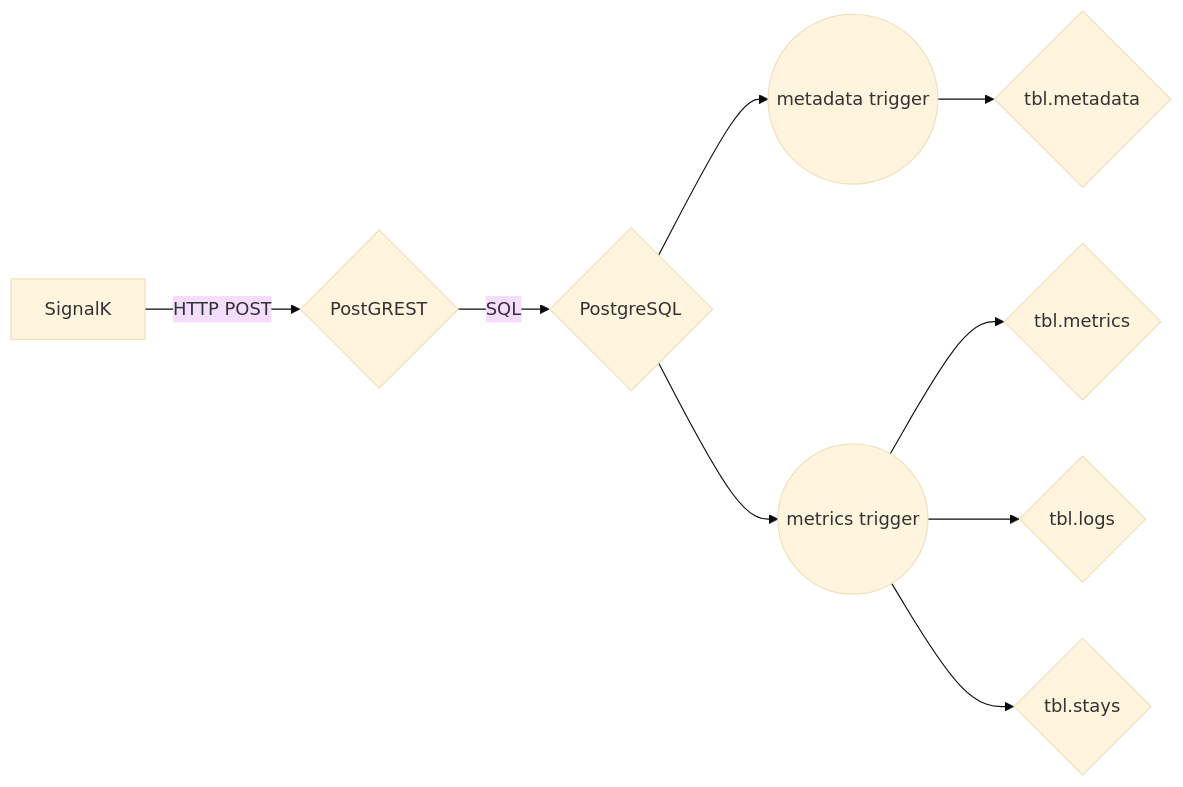
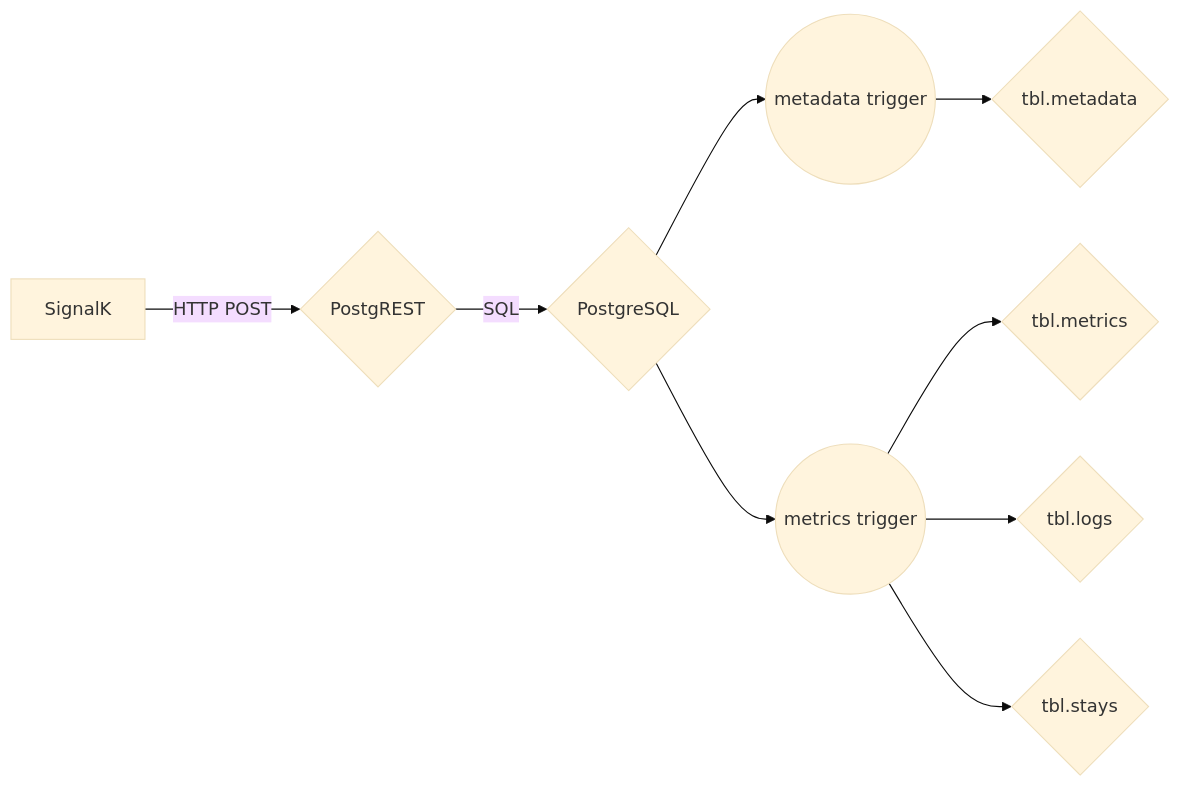
One commit to xbgmsharp/postgsail changed the first of 2 diagrams in docs/ERD/README.md. Above: the diagram before and after it, drawn with Mermaid (base theme). The commit also changed other lines of this file and 2 other files, not shown here.

````diff
--- a/docs/ERD/README.md
+++ b/docs/ERD/README.md
@@ -46,11 +46,11 @@
 ```mermaid
 graph LR
-    A[SignalK] -- HTTP POST --> B{PostGREST}
+    A[SignalK] -- HTTP POST --> B{PostgREST}
     B -- SQL --> C{PostgreSQL}
     C --> D((metadata trigger))
     C --> E((metrics trigger))
     D --> F{tbl.metadata}
     E --> G{tbl.metrics}
     E --> H{tbl.logs}
     E --> I{tbl.stays}
 ```
````
